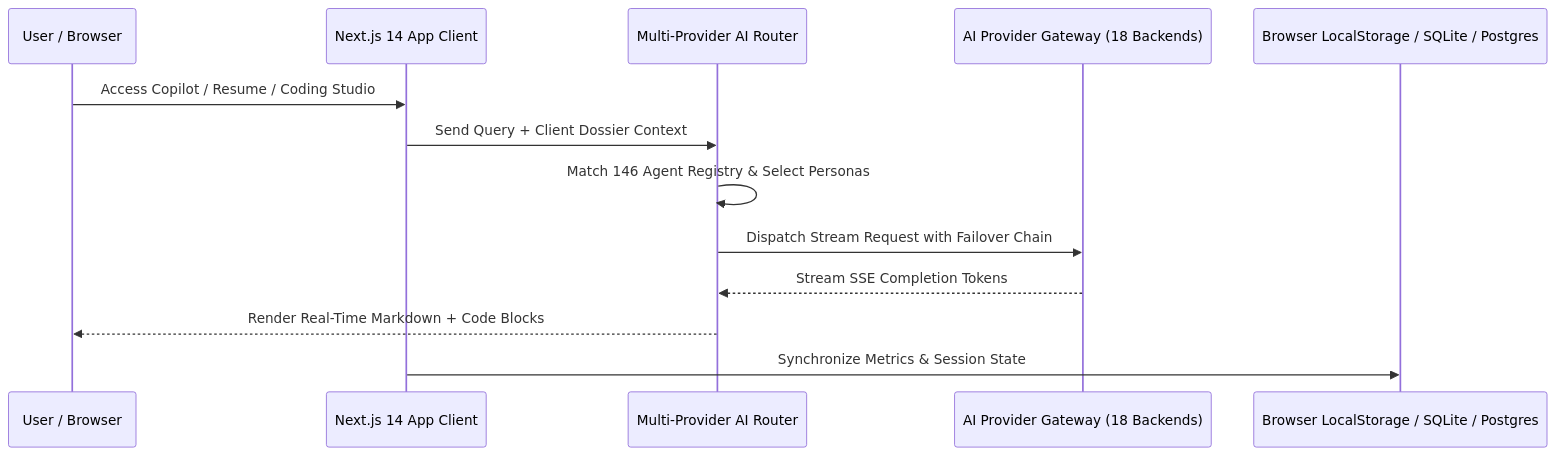
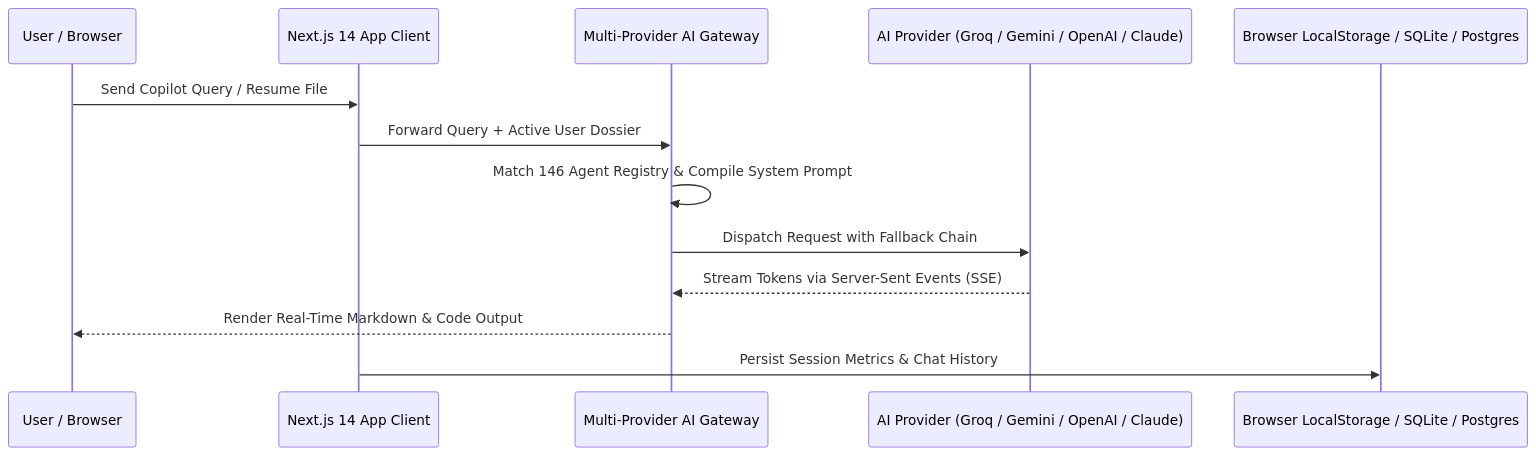
One commit to karthikrshet/Career-Agents changed the first of 2 diagrams in README.md. Above: the diagram before and after it, drawn with Mermaid. The commit also changed other lines of this file and 28 other files, not shown here.

````diff
--- a/README.md
+++ b/README.md
@@ -132,16 +701,16 @@
 ```mermaid
 sequenceDiagram
     participant User as User / Browser
     participant Client as Next.js 14 App Client
-    participant Router as Multi-Provider AI Router
-    participant LLM as AI Provider Gateway (18 Backends)
+    participant Router as Multi-Provider AI Gateway
+    participant LLM as AI Provider (Groq / Gemini / OpenAI / Claude)
     participant DB as Browser LocalStorage / SQLite / Postgres
     
-    User->>Client: Access Copilot / Resume / Coding Studio
-    Client->>Router: Send Query + Client Dossier Context
-    Router->>Router: Match 146 Agent Registry & Select Personas
-    Router->>LLM: Dispatch Stream Request with Failover Chain
-    LLM-->>Router: Stream SSE Completion Tokens
-    Router-->>User: Render Real-Time Markdown + Code Blocks
-    Client->>DB: Synchronize Metrics & Session State
+    User->>Client: Send Copilot Query / Resume File
+    Client->>Router: Forward Query + Active User Dossier
+    Router->>Router: Match 146 Agent Registry & Compile System Prompt
+    Router->>LLM: Dispatch Request with Fallback Chain
+    LLM-->>Router: Stream Tokens via Server-Sent Events (SSE)
+    Router-->>User: Render Real-Time Markdown & Code Output
+    Client->>DB: Persist Session Metrics & Chat History
 ```
````
